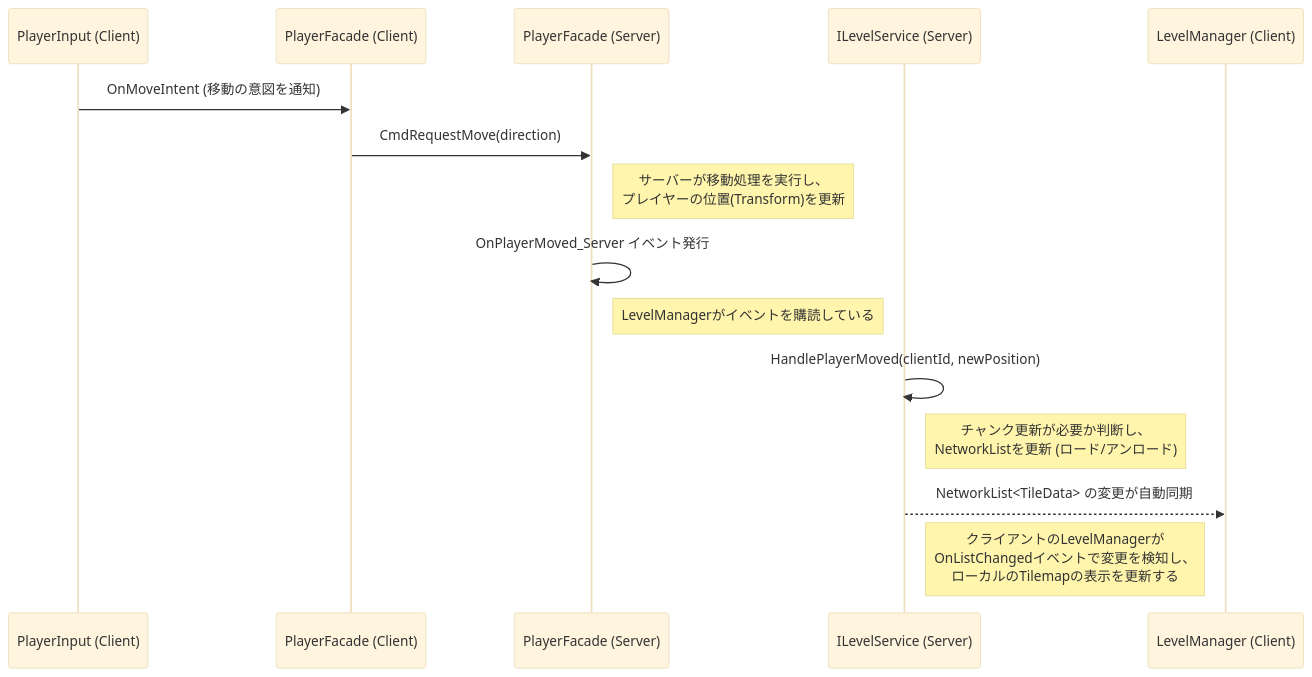
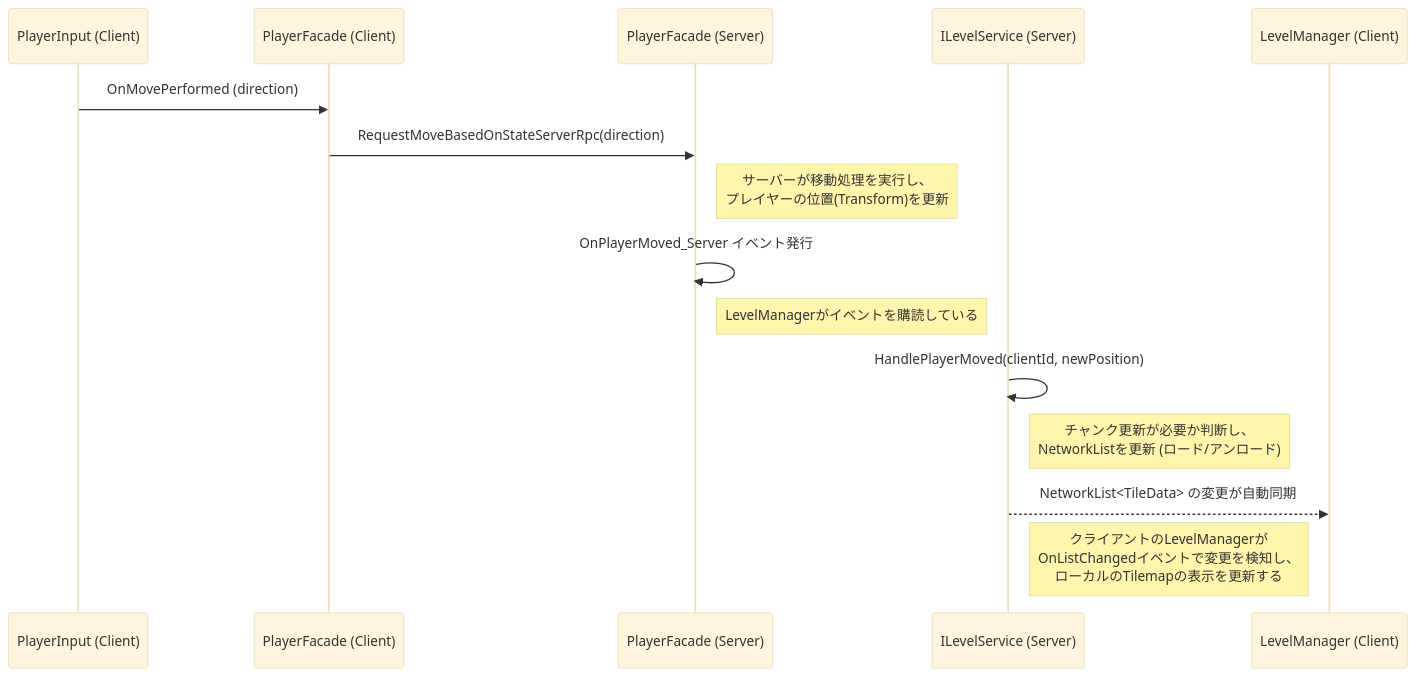
One commit to C4P3/TypingSurvivor changed the first of 3 diagrams in Assets/_Project/Data-Flow.md. Above: the diagram before and after it, drawn with Mermaid (base theme). The commit also changed other lines of this file and 11 other files, not shown here.

````diff
--- a/Assets/_Project/Data-Flow.md
+++ b/Assets/_Project/Data-Flow.md
@@ -13,20 +13,20 @@
 ```mermaid
 sequenceDiagram  
     participant C_Input as PlayerInput (Client)  
     participant C_Facade as PlayerFacade (Client)  
     participant S_Facade as PlayerFacade (Server)  
     participant S_Level as ILevelService (Server)
     participant C_Level as LevelManager (Client)
 
-    C_Input->>C_Facade: OnMoveIntent (移動の意図を通知)  
-    C_Facade->>S_Facade: CmdRequestMove(direction)  
+    C_Input->>C_Facade: OnMovePerformed (direction)
+    C_Facade->>S_Facade: RequestMoveBasedOnStateServerRpc(direction)
     note right of S_Facade: サーバーが移動処理を実行し、<br>プレイヤーの位置(Transform)を更新  
       
     S_Facade->>S_Facade: OnPlayerMoved_Server イベント発行  
     note left of S_Level: LevelManagerがイベントを購読している  
     S_Level->>S_Level: HandlePlayerMoved(clientId, newPosition)  
     note right of S_Level: チャンク更新が必要か判断し、<br>NetworkListを更新 (ロード/アンロード)
 
     S_Level-->>C_Level: NetworkList<TileData> の変更が自動同期  
     note left of C_Level: クライアントのLevelManagerが<br>OnListChangedイベントで変更を検知し、<br>ローカルのTilemapの表示を更新する
 ```
````
